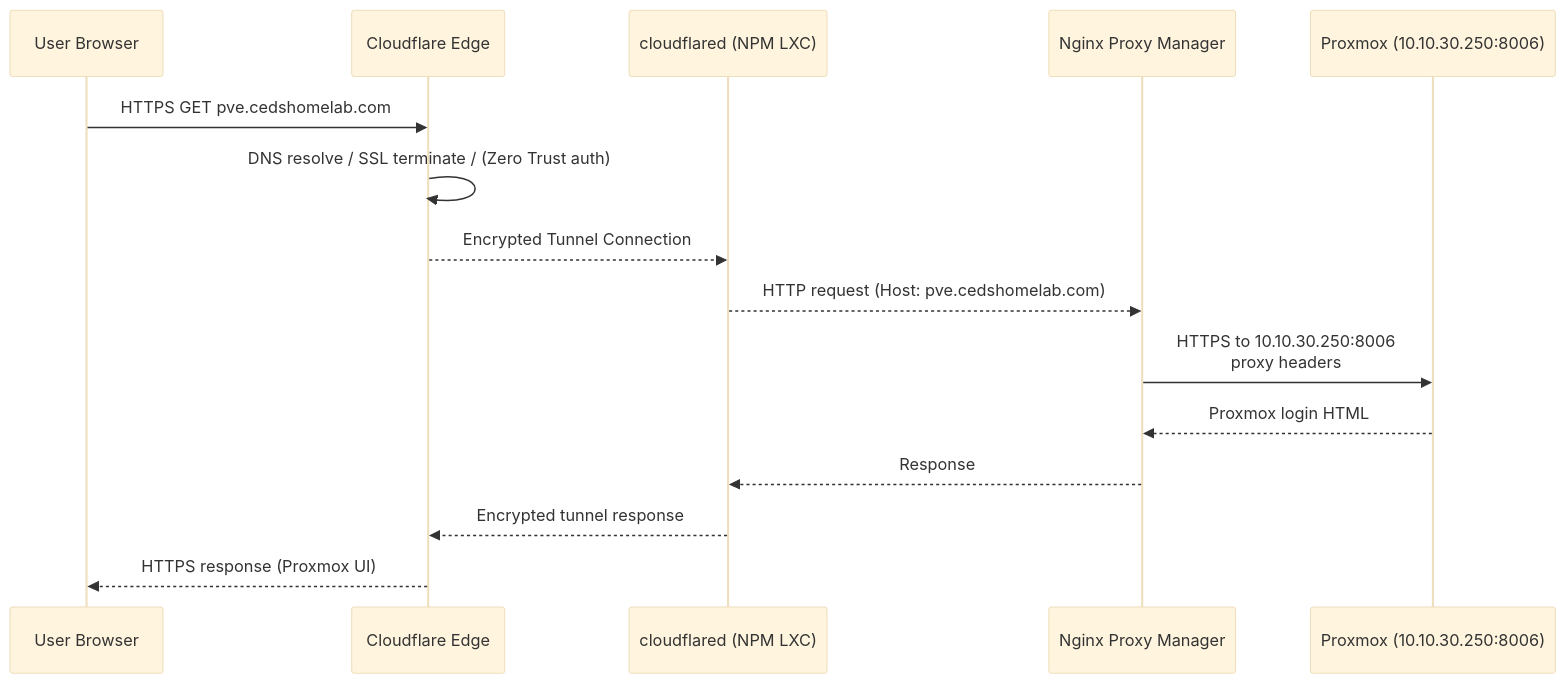
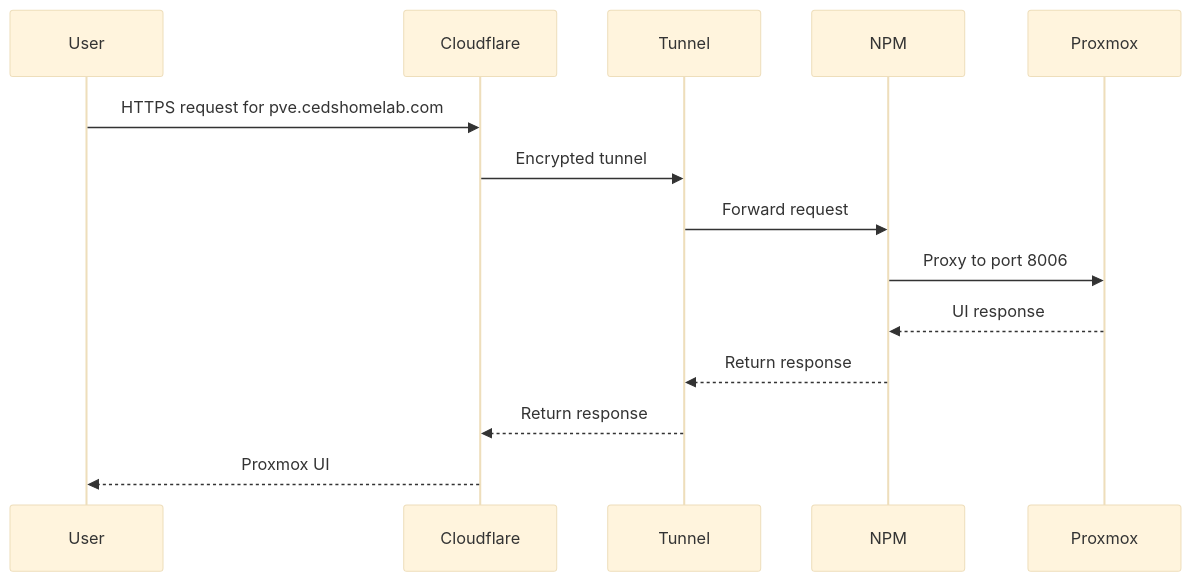
One commit to ced4568/ceds-homelab changed the third of 4 diagrams in docs/Ced_Homelab_Diagrams.md. Above: the diagram before and after it, drawn with Mermaid (base theme). The commit also changed other lines of this file, not shown here.

First line of the commit message:
Revise Ced's HomeLab Diagrams documentation

````diff
--- a/docs/Ced_Homelab_Diagrams.md
+++ b/docs/Ced_Homelab_Diagrams.md
@@ -128,18 +81,17 @@
 ```mermaid
 sequenceDiagram
-    participant User as User Browser
-    participant CF as Cloudflare Edge
-    participant Tunnel as cloudflared (NPM LXC)
-    participant NPM as Nginx Proxy Manager
-    participant PVE as Proxmox (10.10.30.250:8006)
+    participant User
+    participant CF as Cloudflare
+    participant Tunnel
+    participant NPM
+    participant PVE as Proxmox
 
-    User->>CF: HTTPS GET pve.cedshomelab.com
-    CF->>CF: DNS resolve / SSL terminate / (Zero Trust auth)
-    CF-->>Tunnel: Encrypted Tunnel Connection
-    Tunnel-->>NPM: HTTP request (Host: pve.cedshomelab.com)
-    NPM->>PVE: HTTPS to 10.10.30.250:8006<br/>proxy headers
-    PVE-->>NPM: Proxmox login HTML
-    NPM-->>Tunnel: Response
-    Tunnel-->>CF: Encrypted tunnel response
-    CF-->>User: HTTPS response (Proxmox UI)
+    User->>CF: HTTPS request for pve.cedshomelab.com
+    CF->>Tunnel: Encrypted tunnel
+    Tunnel->>NPM: Forward request
+    NPM->>PVE: Proxy to port 8006
+    PVE-->>NPM: UI response
+    NPM-->>Tunnel: Return response
+    Tunnel-->>CF: Return response
+    CF-->>User: Proxmox UI
 ```
````
